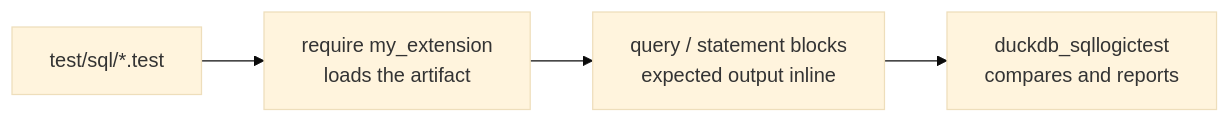
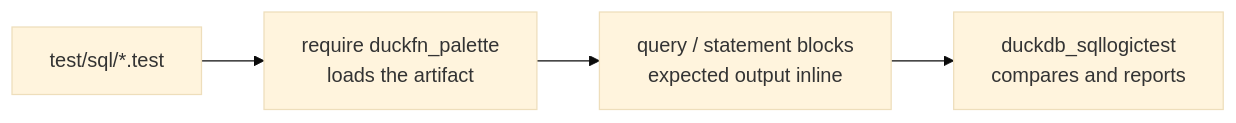
The diagram in docs/docs/development/testing.md (shijianjs/duckfn-palette), drawn with Mermaid (base theme) before and after one commit. The commit also changed other lines of this file and 49 other files, not shown here.

````diff
--- a/docs/docs/development/testing.md
+++ b/docs/docs/development/testing.md
@@ -23,6 +23,6 @@
 ```mermaid
 flowchart LR
-    file["test/sql/*.test"] --> req["require my_extension<br/>loads the artifact"]
+    file["test/sql/*.test"] --> req["require duckfn_palette<br/>loads the artifact"]
     req --> blocks["query / statement blocks<br/>expected output inline"]
     blocks --> runner["duckdb_sqllogictest<br/>compares and reports"]
 ```
````
